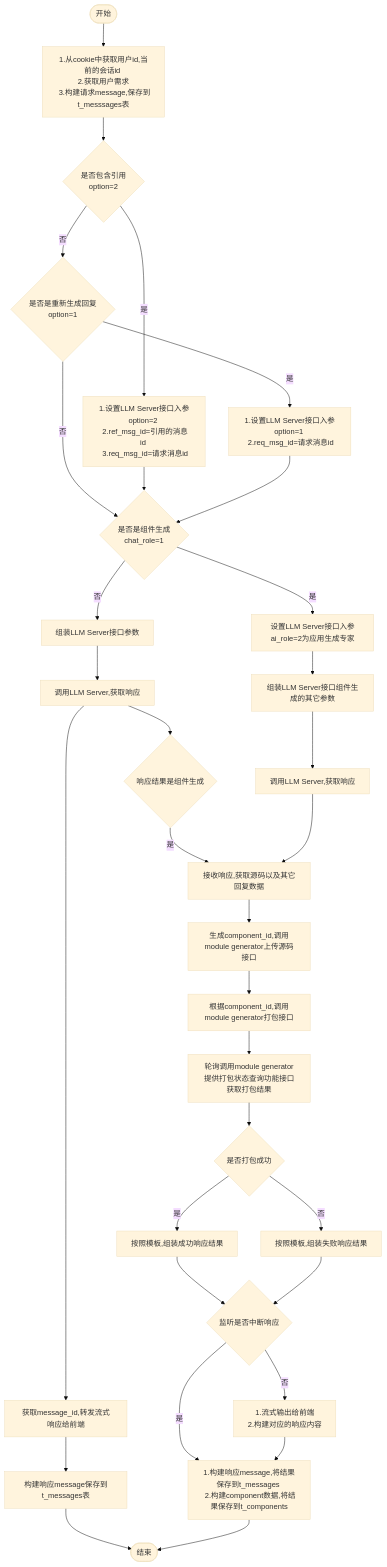
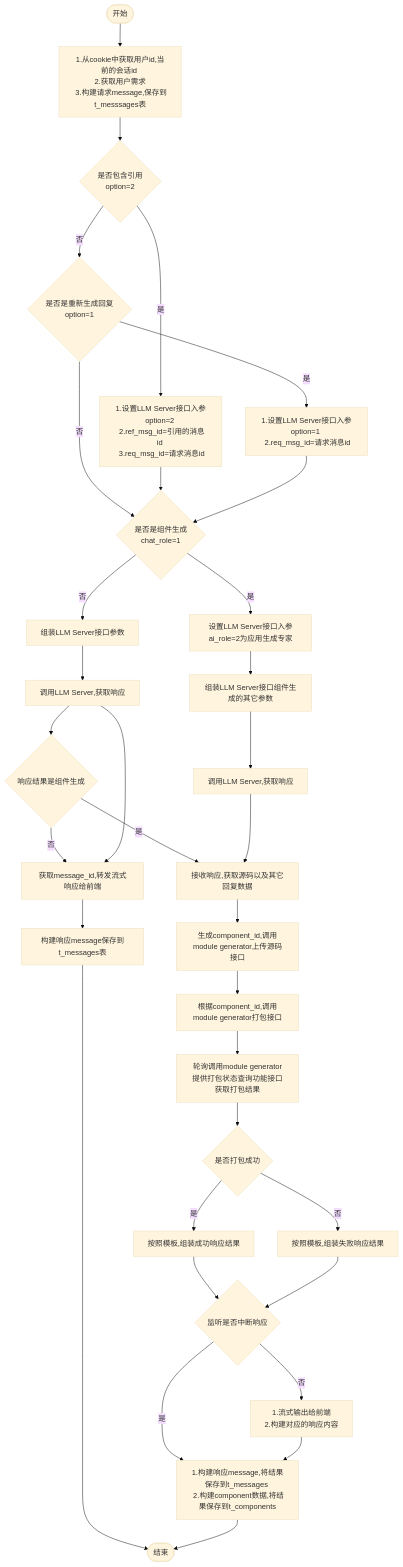
One commit to yingjianzh/iodraw-files changed the diagram in all/未命名-8.md. Above: the diagram before and after it, drawn with Mermaid (base theme).

Commit message:
2024-10-16 09:19:46 update

````diff
--- a/all/未命名-8.md
+++ b/all/未命名-8.md
@@ -1,39 +1,39 @@
 ```mermaid
 flowchart TD
     A([开始]) --> B[1.从cookie中获取用户id,当前的会话id \n 2.获取用户需求 \n 3.构建请求message,保存到t_messsages表]
     B--> D{是否包含引用 \n option=2}
     D -- 是 --> E[1.设置LLM Server接口入参option=2 \n 2.ref_msg_id=引用的消息id \n 3.req_msg_id=请求消息id]
     D -- 否 --> F{是否是重新生成回复\n option=1}
     F -- 是 --> G[1.设置LLM Server接口入参option=1 \n 2.req_msg_id=请求消息id]
     F -- 否 --> I
      
     E & G --> I{是否是组件生成 \n chat_role=1}
     I -- 否 --> M[组装LLM Server接口参数] 
     I -- 是 --> J[设置LLM Server接口入参ai_role=2为应用生成专家]
     
 
     J --> L[组装LLM Server接口组件生成的其它参数]    
     M --> N[调用LLM Server,获取响应]
     N --> H{响应结果是组件生成}   
     H -- 是 --> T 
-    H 
+    H -- 否 --> O
     N --> O[获取message_id,转发流式响应给前端]
     O --> P[构建响应message保存到t_messages表]
     P --> R([结束])
 
 
     L --> S[调用LLM Server,获取响应]
     S --> T[接收响应,获取源码以及其它回复数据]
     T --> U[生成component_id,调用module generator上传源码接口]
     U --> V[根据component_id,调用module generator打包接口]
     V --> W[轮询调用module generator提供打包状态查询功能接口获取打包结果]
     W --> X{是否打包成功}
     X -- 是 --> Y[按照模板,组装成功响应结果]
     X -- 否 --> Z[按照模板,组装失败响应结果]
     Y & Z --> Done{监听是否中断响应}
     Done -- 是 --> Result
     Done -- 否 --> OutPut[1.流式输出给前端 \n 2.构建对应的响应内容]
 
     OutPut --> Result[1.构建响应message,将结果保存到t_messages \n 2.构建component数据,将结果保存到t_components]
     Result --> R
 ```
````
